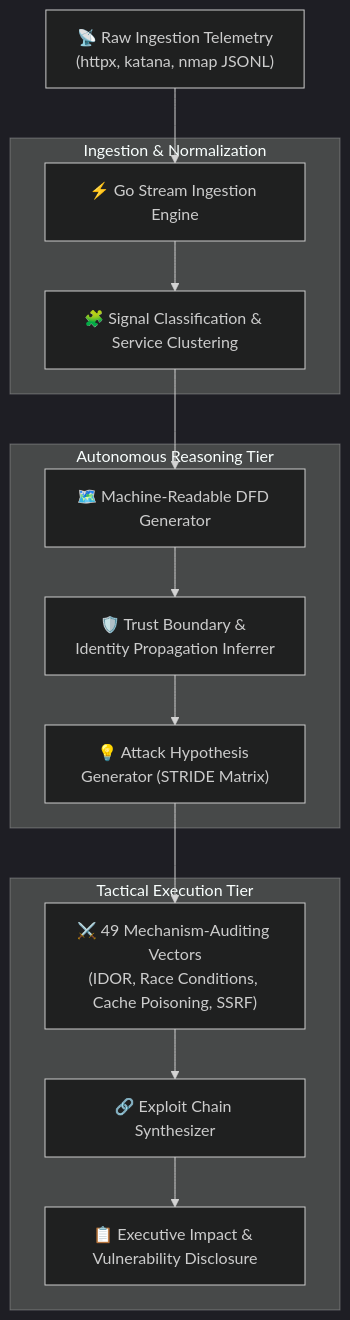
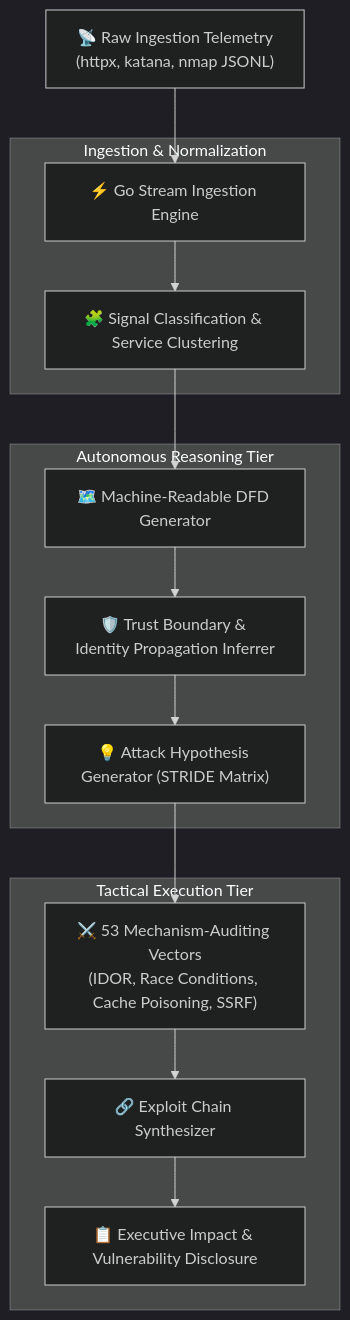
The diagram in README.md (3bkader-gpt/ArchHunter), drawn with Mermaid (dark theme) before and after one commit. The commit also changed other lines of this file and 28 other files, not shown here.

````diff
--- a/README.md
+++ b/README.md
@@ -32,30 +32,30 @@
 ```mermaid
 flowchart TD
     Telemetry["📡 Raw Ingestion Telemetry<br/>(httpx, katana, nmap JSONL)"]
     
     subgraph Ingestion & Normalization
         Parser["⚡ Go Stream Ingestion Engine"]
         SignalCluster["🧩 Signal Classification & Service Clustering"]
     end
     
     subgraph Autonomous Reasoning Tier
         DFDEngine["🗺️ Machine-Readable DFD Generator"]
         TrustBoundary["🛡️ Trust Boundary & Identity Propagation Inferrer"]
         HypothesisEngine["💡 Attack Hypothesis Generator (STRIDE Matrix)"]
     end
     
     subgraph Tactical Execution Tier
-        SkillEngine["⚔️ 49 Mechanism-Auditing Vectors<br/>(IDOR, Race Conditions, Cache Poisoning, SSRF)"]
+        SkillEngine["⚔️ 53 Mechanism-Auditing Vectors<br/>(IDOR, Race Conditions, Cache Poisoning, SSRF)"]
         ChainBuilder["🔗 Exploit Chain Synthesizer"]
         Report["📋 Executive Impact & Vulnerability Disclosure"]
     end
 
     Telemetry --> Parser
     Parser --> SignalCluster
     SignalCluster --> DFDEngine
     DFDEngine --> TrustBoundary
     TrustBoundary --> HypothesisEngine
     HypothesisEngine --> SkillEngine
     SkillEngine --> ChainBuilder
     ChainBuilder --> Report
 ```
````
